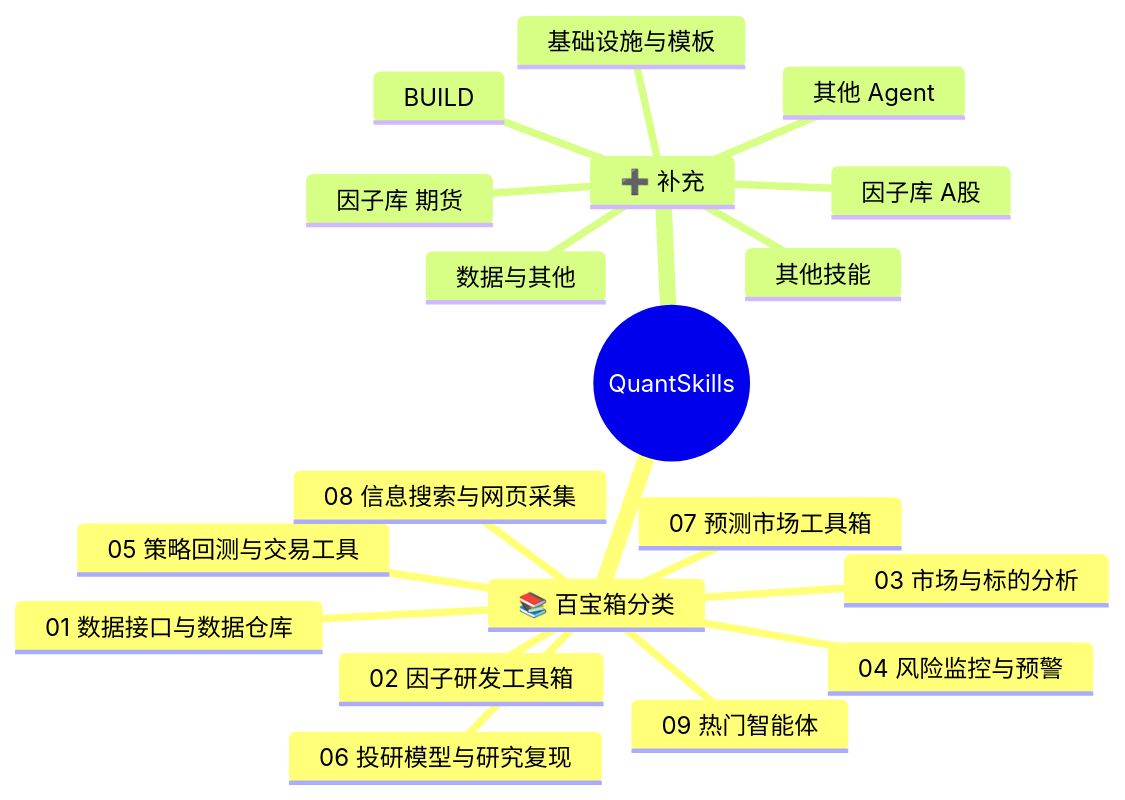
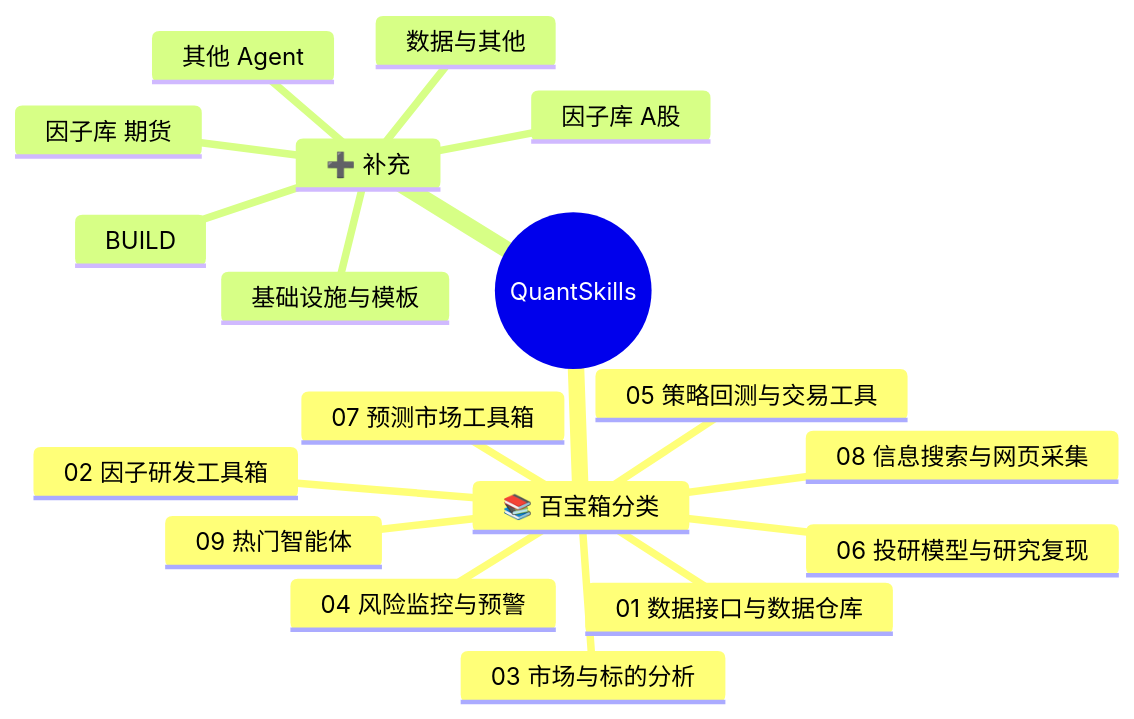
The diagram in README.md (quantskills/quantskills), drawn with Mermaid before and after one commit. The commit also changed other lines of this file and 3 other files, not shown here.

````diff
--- a/README.md
+++ b/README.md
@@ -12,22 +12,21 @@
 ```mermaid
 mindmap
   root((QuantSkills))
     📚 百宝箱分类
       01 数据接口与数据仓库
       02 因子研发工具箱
       03 市场与标的分析
       04 风险监控与预警
       05 策略回测与交易工具
       06 投研模型与研究复现
       07 预测市场工具箱
       08 信息搜索与网页采集
       09 热门智能体
     ➕ 补充
       因子库 A股
       因子库 期货
       BUILD
-      其他技能
       其他 Agent
       数据与其他
       基础设施与模板
 ```
````
